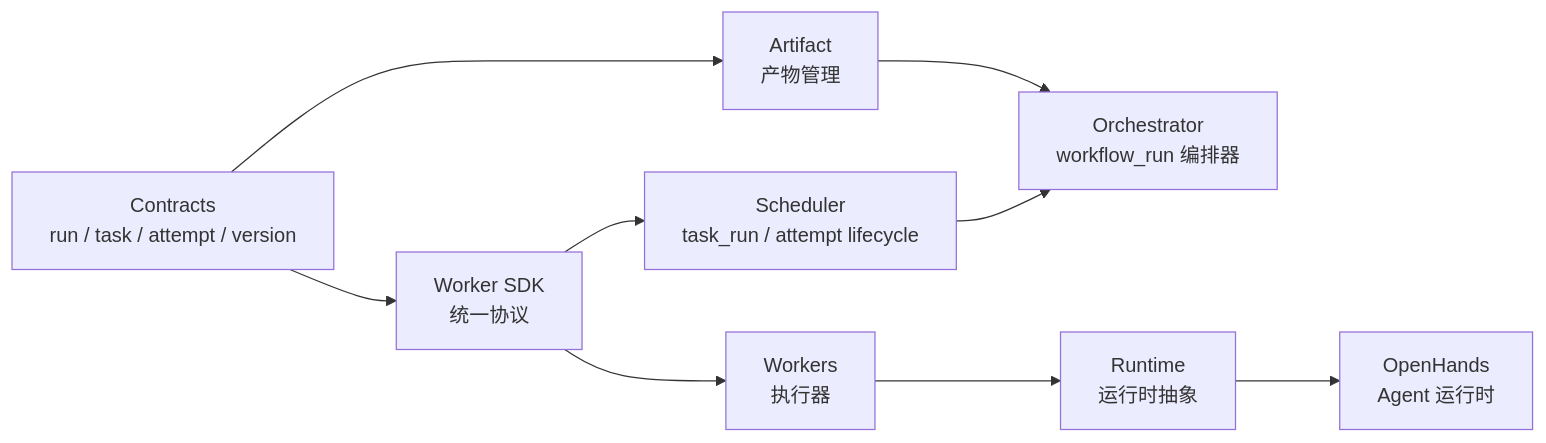
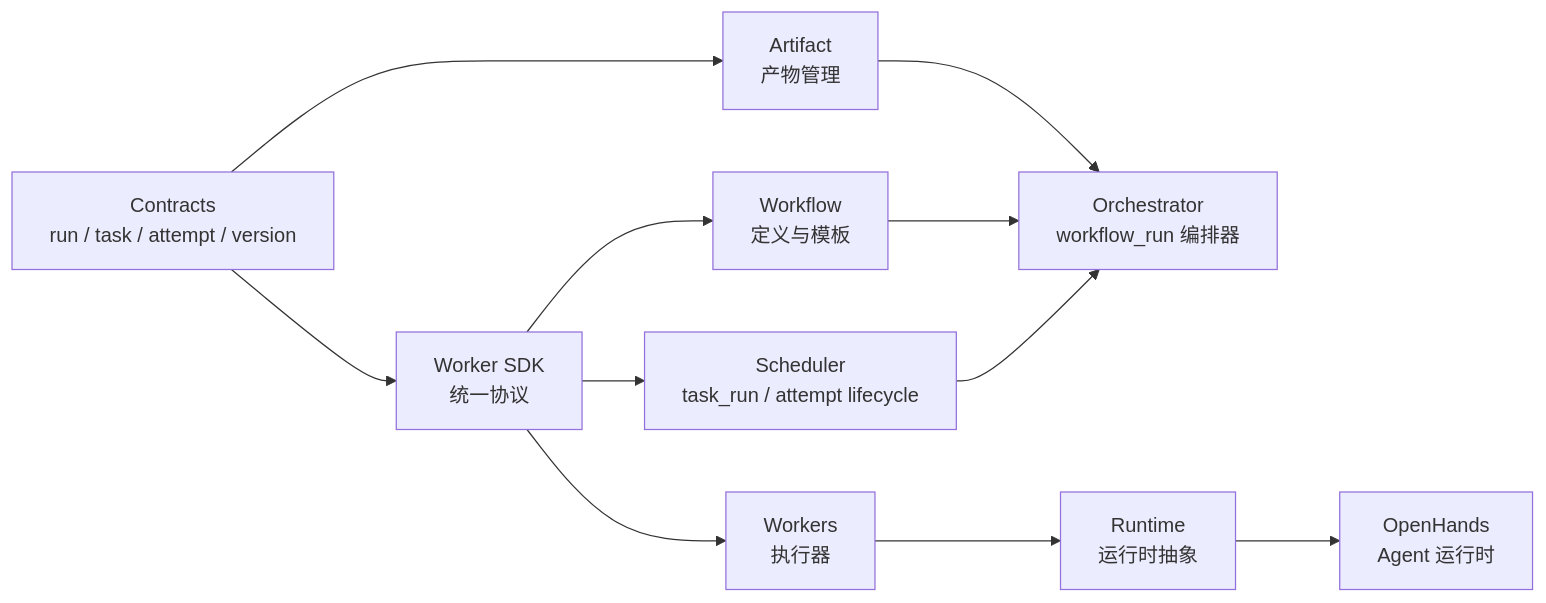
Before and after one commit to YoungerYang-Y/ai-sdlc-platform: the first of 3 diagrams in ARCHITECTURE.md, drawn with Mermaid. The commit also changed other lines of this file, not shown here.

Commit message:
fix(docs): 修复 ARCHITECTURE.md 分层图缺失 Workflow 节点及映射表依赖不一致

````diff
--- a/ARCHITECTURE.md
+++ b/ARCHITECTURE.md
@@ -35,11 +35,13 @@
 ```mermaid
 flowchart LR
   Contracts["Contracts<br/>run / task / attempt / version"] --> SDK["Worker SDK<br/>统一协议"]
   Contracts --> Artifact["Artifact<br/>产物管理"]
   SDK --> Scheduler["Scheduler<br/>task_run / attempt lifecycle"]
   SDK --> Workers["Workers<br/>执行器"]
+  SDK --> Workflow["Workflow<br/>定义与模板"]
   Scheduler --> Orchestrator["Orchestrator<br/>workflow_run 编排器"]
+  Workflow --> Orchestrator
   Artifact --> Orchestrator
   Workers --> Runtime["Runtime<br/>运行时抽象"]
   Runtime --> OpenHands["OpenHands<br/>Agent 运行时"]
 ```
````
